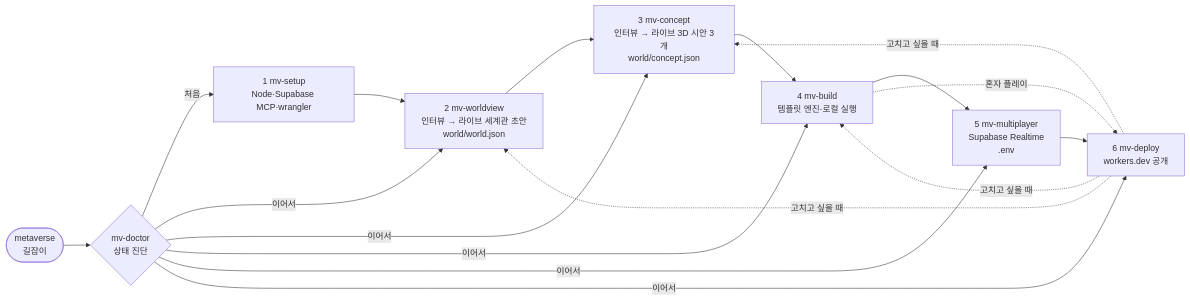
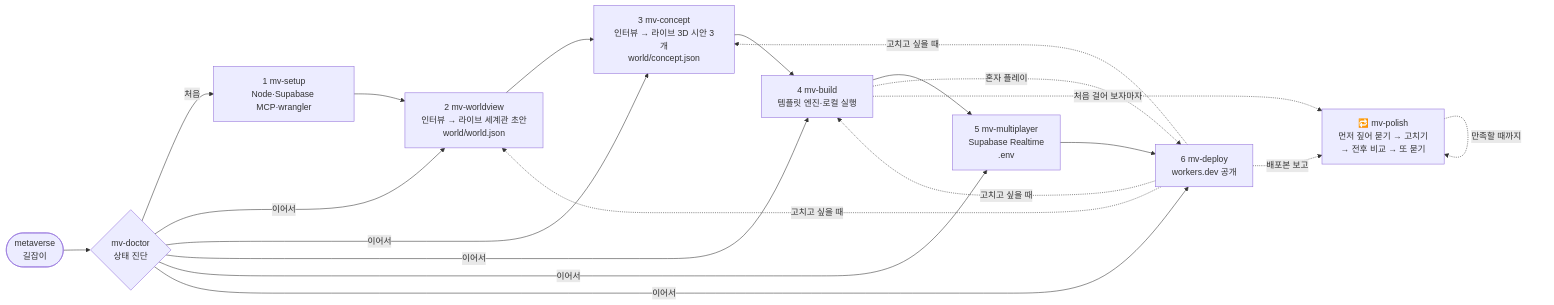
Before and after one commit to workromancer/ttalgakverse: the first of 2 diagrams in docs/workflow.md, drawn with Mermaid. The commit also changed other lines of this file and 33 other files, not shown here.

````diff
--- a/docs/workflow.md
+++ b/docs/workflow.md
@@ -5,13 +5,16 @@
 ```mermaid
 flowchart LR
   start([metaverse<br/>길잡이]) --> doc{mv-doctor<br/>상태 진단}
   doc -->|처음| S1[1 mv-setup<br/>Node·Supabase MCP·wrangler]
   S1 --> S2[2 mv-worldview<br/>인터뷰 → 라이브 세계관 초안<br/>world/world.json]
   S2 --> S3[3 mv-concept<br/>인터뷰 → 라이브 3D 시안 3개<br/>world/concept.json]
   S3 --> S4[4 mv-build<br/>템플릿 엔진·로컬 실행]
   S4 --> S5[5 mv-multiplayer<br/>Supabase Realtime<br/>.env]
   S5 --> S6[6 mv-deploy<br/>workers.dev 공개]
   S4 -. 혼자 플레이 .-> S6
   doc -->|이어서| S2 & S3 & S4 & S5 & S6
   S6 -. 고치고 싶을 때 .-> S2 & S3 & S4
+  S4 -. 처음 걸어 보자마자 .-> PL[🔁 mv-polish<br/>먼저 짚어 묻기 → 고치기<br/>→ 전후 비교 → 또 묻기]
+  S6 -. 배포본 보고 .-> PL
+  PL -. 만족할 때까지 .-> PL
 ```
````
